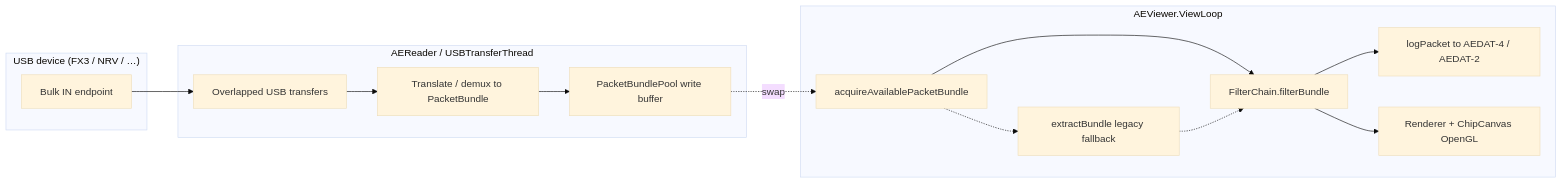
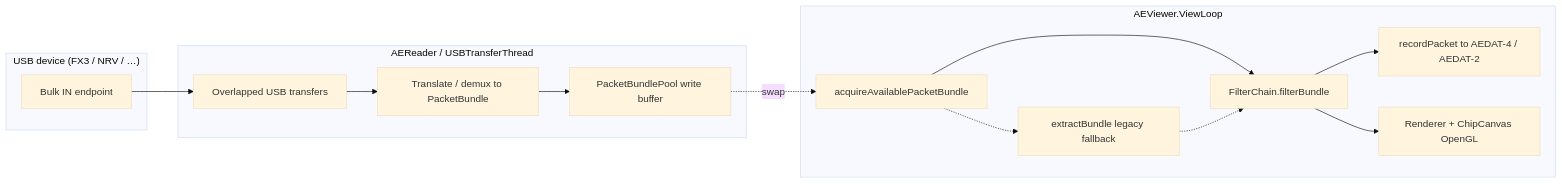
The first of 6 diagrams in docs/README-jaer3.md (SensorsINI/jaer), drawn with Mermaid (base theme) before and after one commit. The commit also changed other lines of this file and 14 other files, not shown here.

````diff
--- a/docs/README-jaer3.md
+++ b/docs/README-jaer3.md
@@ -17,26 +17,26 @@
 ```mermaid
 flowchart LR
   subgraph USB["USB device (FX3 / NRV / …)"]
     EP[Bulk IN endpoint]
   end
 
   subgraph Capture["AEReader / USBTransferThread"]
     XFER[Overlapped USB transfers]
     PARSE[Translate / demux to PacketBundle]
     WBUF[PacketBundlePool write buffer]
   end
 
   subgraph View["AEViewer.ViewLoop"]
     ACQ[acquireAvailablePacketBundle]
     EXT[extractBundle legacy fallback]
     FILT[FilterChain.filterBundle]
-    LOG[logPacket to AEDAT-4 / AEDAT-2]
+    REC[recordPacket to AEDAT-4 / AEDAT-2]
     REN[Renderer + ChipCanvas OpenGL]
   end
 
   EP --> XFER --> PARSE --> WBUF
   WBUF -.swap.-> ACQ --> FILT
   ACQ -.-> EXT -.-> FILT
-  FILT --> LOG
+  FILT --> REC
   FILT --> REN
 ```
````
